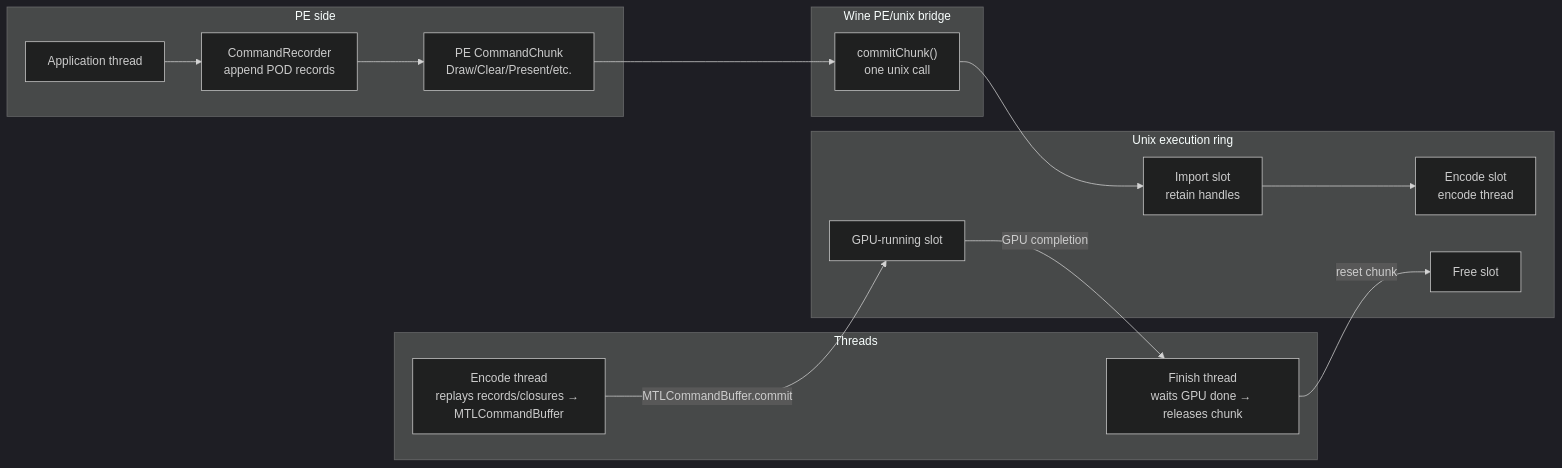
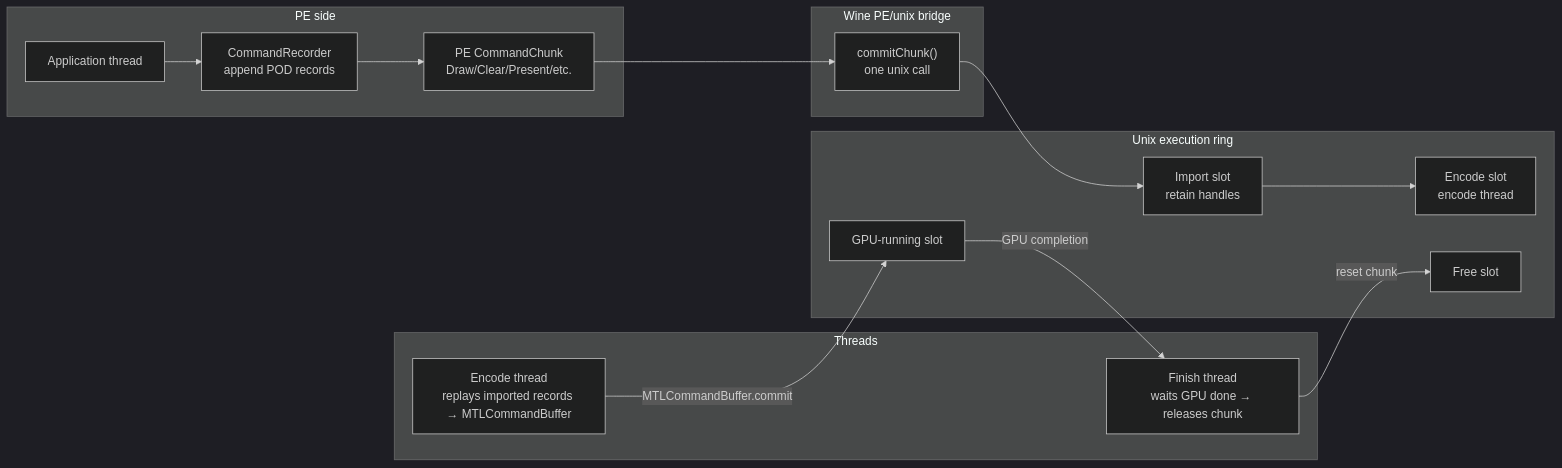
Before and after one commit to dfdgsdfg/dxmt9: the third of 12 diagrams in specs/backend/design.md, drawn with Mermaid (dark theme). The commit also changed other lines of this file and 40 other files, not shown here.

````diff
--- a/specs/backend/design.md
+++ b/specs/backend/design.md
@@ -110,33 +110,33 @@
 ```mermaid
 graph LR
     subgraph PE["PE side"]
         WT["Application thread"]
         REC["CommandRecorder\nappend POD records"]
         PCHUNK["PE CommandChunk\nDraw/Clear/Present/etc."]
     end
 
     subgraph Bridge["Wine PE/unix bridge"]
         COMMIT["commitChunk()\none unix call"]
     end
 
     subgraph Ring["Unix execution ring"]
         I["Import slot\nretain handles"]
         E["Encode slot\nencode thread"]
         G["GPU-running slot"]
         F["Free slot"]
     end
 
     subgraph Threads
-        ET["Encode thread\nreplays records/closures → MTLCommandBuffer"]
+        ET["Encode thread\nreplays imported records → MTLCommandBuffer"]
         FT["Finish thread\nwaits GPU done → releases chunk"]
     end
 
     WT --> REC
     REC --> PCHUNK
     PCHUNK --> COMMIT
     COMMIT --> I
     I --> E
     ET -->|MTLCommandBuffer.commit| G
     G -->|GPU completion| FT
     FT -->|reset chunk| F
 ```
````
